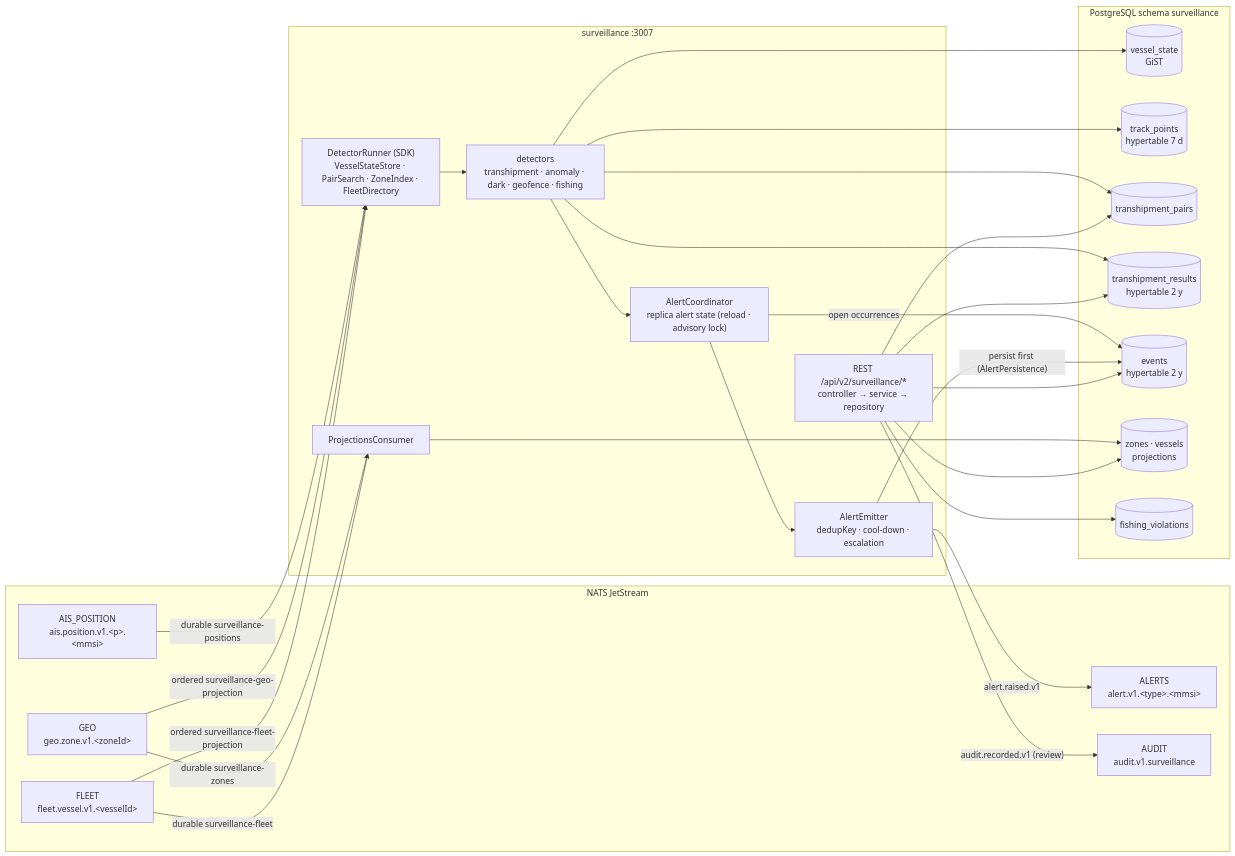
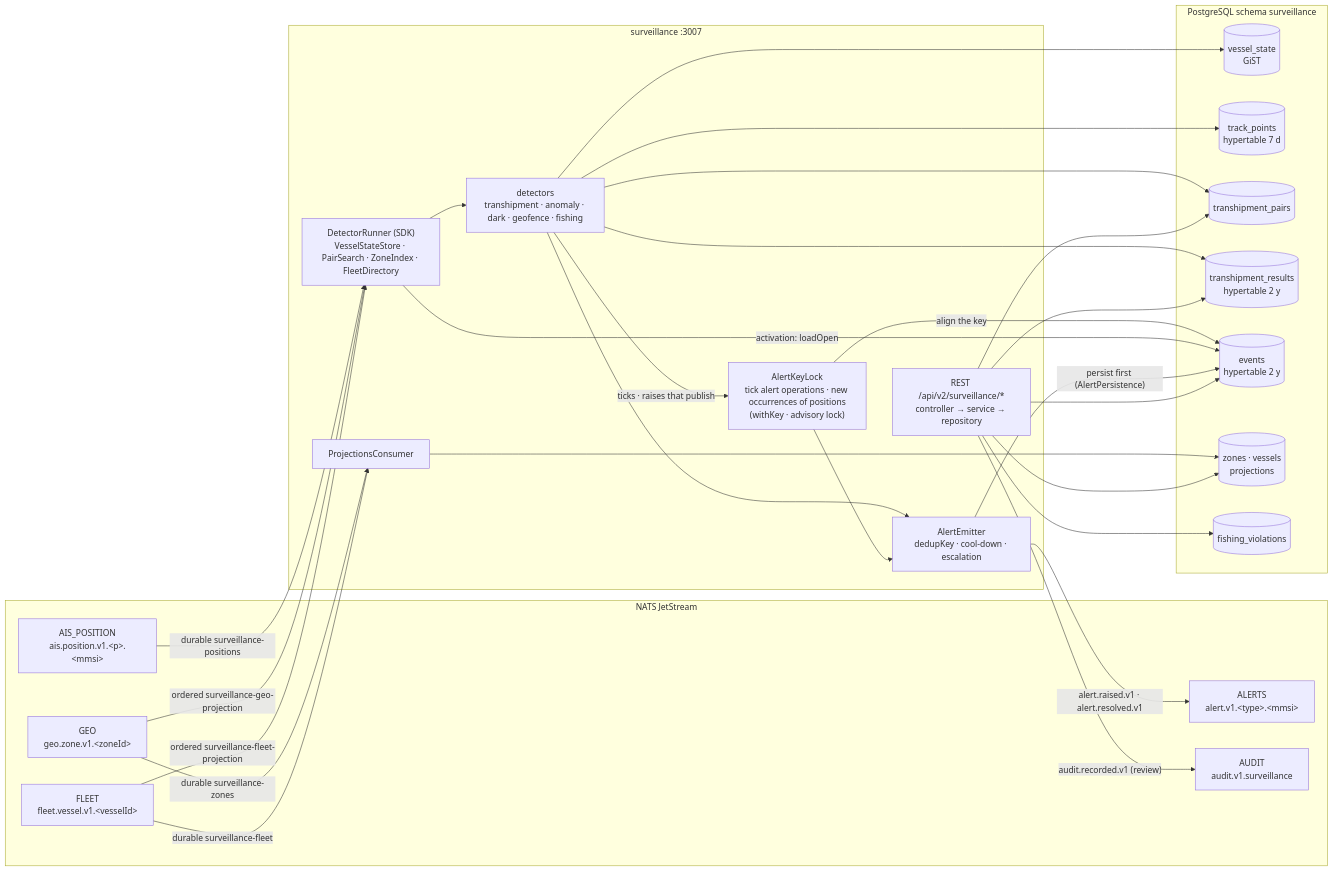
Before and after one commit to DarmawanWeb/ais-its-surveillance-service: the diagram in README.md, drawn with Mermaid. The commit also changed other lines of this file and 68 other files, not shown here.

````diff
--- a/README.md
+++ b/README.md
@@ -32,41 +33,43 @@
 ```mermaid
 flowchart LR
   subgraph NATS["NATS JetStream"]
     POS["AIS_POSITION<br/>ais.position.v1.&lt;p&gt;.&lt;mmsi&gt;"]
     GEO["GEO<br/>geo.zone.v1.&lt;zoneId&gt;"]
     FLEET["FLEET<br/>fleet.vessel.v1.&lt;vesselId&gt;"]
     ALERTS["ALERTS<br/>alert.v1.&lt;type&gt;.&lt;mmsi&gt;"]
     AUDIT["AUDIT<br/>audit.v1.surveillance"]
   end
   subgraph SVC["surveillance :3007"]
     RUNNER["DetectorRunner (SDK)<br/>VesselStateStore · PairSearch · ZoneIndex · FleetDirectory"]
     DET["detectors<br/>transhipment · anomaly · dark · geofence · fishing"]
     EMIT["AlertEmitter<br/>dedupKey · cool-down · escalation"]
-    COORD["AlertCoordinator<br/>replica alert state (reload · advisory lock)"]
+    LOCK["AlertKeyLock<br/>tick alert operations · new occurrences of positions<br/>(withKey · advisory lock)"]
     PROJ["ProjectionsConsumer"]
     API["REST /api/v2/surveillance/*<br/>controller → service → repository"]
   end
   subgraph PG["PostgreSQL schema surveillance"]
     VS[("vessel_state<br/>GiST")]
     TP[("track_points<br/>hypertable 7 d")]
     PAIRS[("transhipment_pairs")]
     TR[("transhipment_results<br/>hypertable 2 y")]
     EV[("events<br/>hypertable 2 y")]
     PZ[("zones · vessels<br/>projections")]
     FV[("fishing_violations")]
   end
   POS -- "durable surveillance-positions" --> RUNNER
   GEO -- "ordered surveillance-geo-projection" --> RUNNER
   FLEET -- "ordered surveillance-fleet-projection" --> RUNNER
   GEO -- "durable surveillance-zones" --> PROJ
   FLEET -- "durable surveillance-fleet" --> PROJ
   RUNNER --> DET
   DET --> VS & TP & PAIRS & TR
-  DET --> COORD --> EMIT
-  COORD -- "open occurrences" --> EV
+  DET --> EMIT
+  DET -- "ticks · raises that publish" --> LOCK --> EMIT
+  LOCK -- "align the key" --> EV
+  RUNNER -- "activation: loadOpen" --> EV
   EMIT -- "persist first (AlertPersistence)" --> EV
-  EMIT -- "alert.raised.v1" --> ALERTS
+  EMIT -- "alert.raised.v1 · alert.resolved.v1" --> ALERTS
   PROJ --> PZ
   API --> EV & PZ & FV & PAIRS & TR
   API -- "audit.recorded.v1 (review)" --> AUDIT
 ```
````
